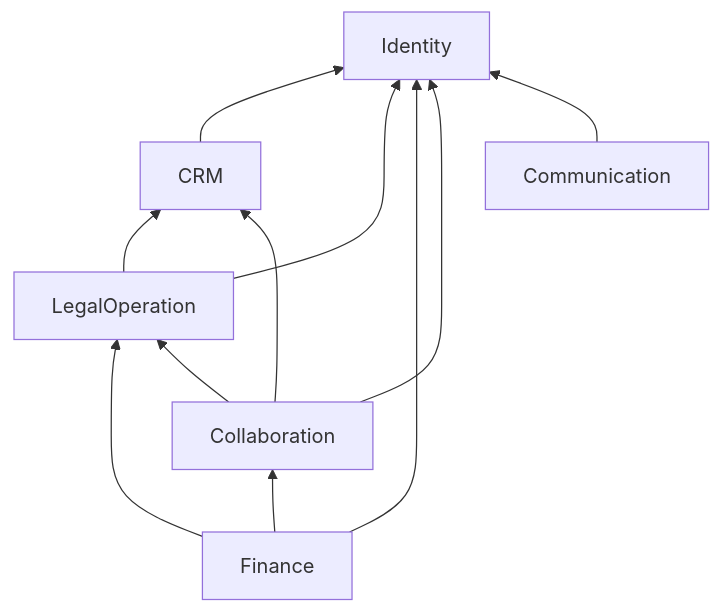
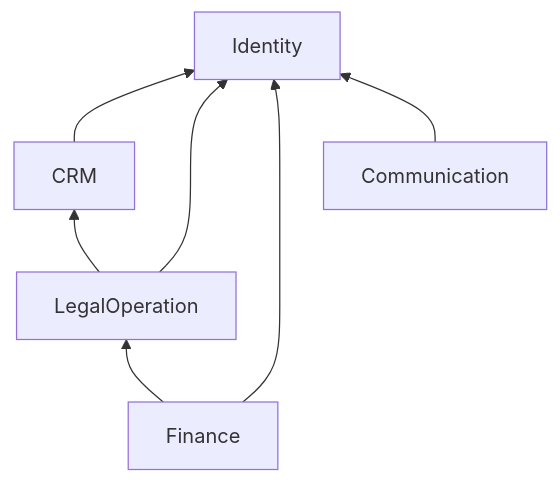
The fourth of 4 diagrams in docs/02-domain/BusinessCapabilityMap.md (PNCTriet/DYN_CRM_BACKEND), drawn with Mermaid before and after one commit. The commit also changed other lines of this file and 46 other files, not shown here.

````diff
--- a/docs/02-domain/BusinessCapabilityMap.md
+++ b/docs/02-domain/BusinessCapabilityMap.md
@@ -176,19 +168,14 @@
 ```mermaid
 flowchart BT
   COM[Communication]
   FIN[Finance]
   LEG[LegalOperation]
-  COL[Collaboration]
   CRM[CRM]
   ID[Identity]
   FIN --> LEG
   LEG --> CRM
-  COL --> CRM
-  COL --> LEG
-  FIN --> COL
   CRM --> ID
   LEG --> ID
   FIN --> ID
-  COL --> ID
   COM --> ID
 ```
````
